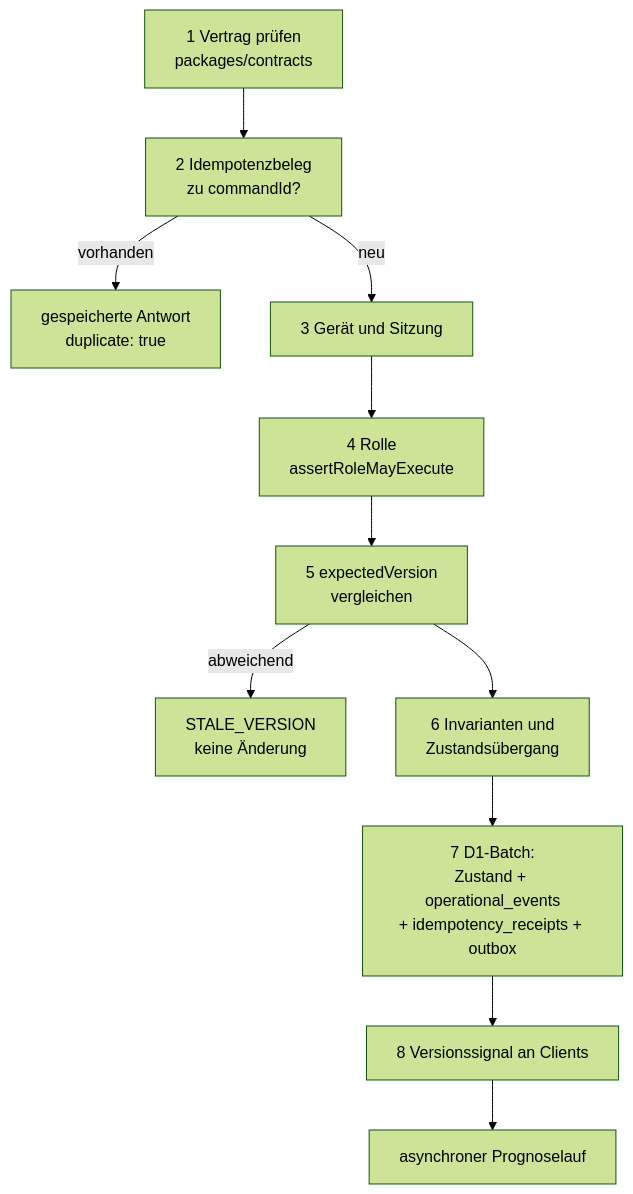
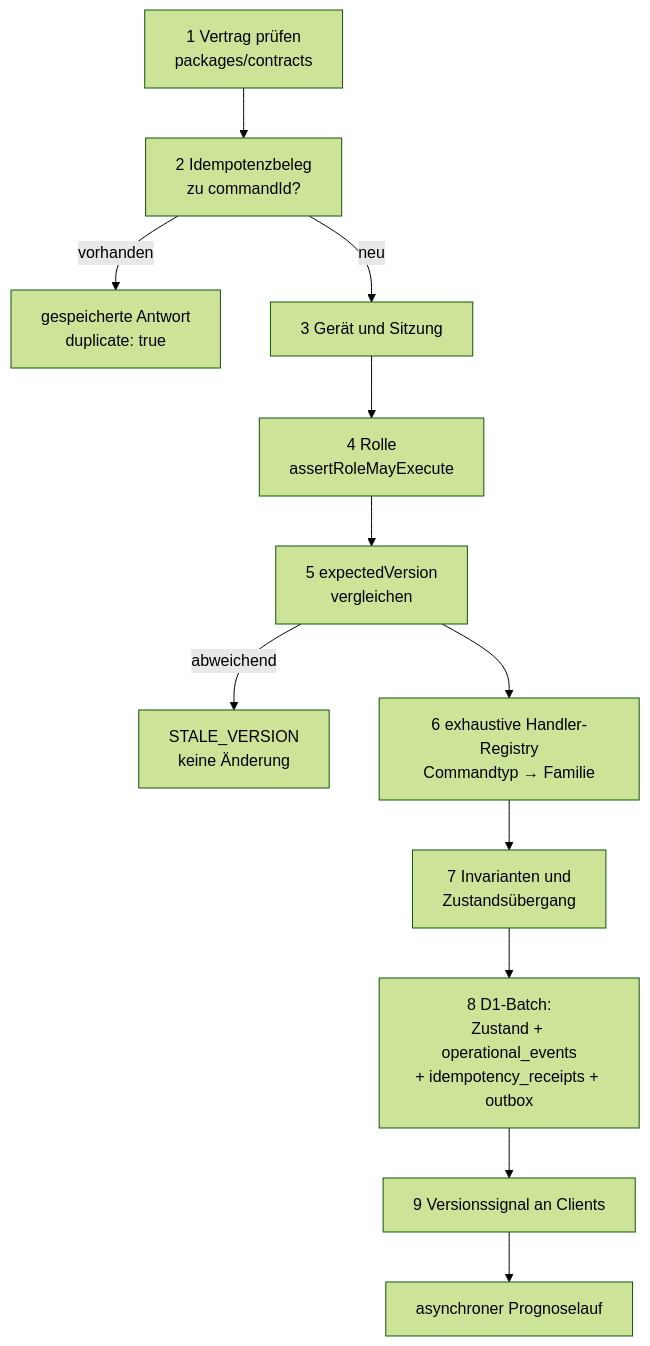
The fourth of 4 diagrams in docs/arc42/05-bausteinsicht.md (aguther/rundflug-leitstand), drawn with Mermaid (forest theme) before and after one commit. The commit also changed other lines of this file and 11 other files, not shown here.

````diff
--- a/docs/arc42/05-bausteinsicht.md
+++ b/docs/arc42/05-bausteinsicht.md
@@ -163,13 +163,14 @@
 ```mermaid
 flowchart TB
     A["1 Vertrag prüfen<br/>packages/contracts"] --> B["2 Idempotenzbeleg<br/>zu commandId?"]
     B -->|"vorhanden"| Z["gespeicherte Antwort<br/>duplicate: true"]
     B -->|"neu"| C["3 Gerät und Sitzung"]
     C --> D["4 Rolle<br/>assertRoleMayExecute"]
     D --> E["5 expectedVersion<br/>vergleichen"]
     E -->|"abweichend"| Y["STALE_VERSION<br/>keine Änderung"]
-    E --> F["6 Invarianten und<br/>Zustandsübergang"]
-    F --> G["7 D1-Batch:<br/>Zustand + operational_events<br/>+ idempotency_receipts + outbox"]
-    G --> H["8 Versionssignal an Clients"]
-    H --> I["asynchroner Prognoselauf"]
+    E --> F["6 exhaustive Handler-Registry<br/>Commandtyp → Familie"]
+    F --> G["7 Invarianten und<br/>Zustandsübergang"]
+    G --> H["8 D1-Batch:<br/>Zustand + operational_events<br/>+ idempotency_receipts + outbox"]
+    H --> I["9 Versionssignal an Clients"]
+    I --> J["asynchroner Prognoselauf"]
 ```
````
